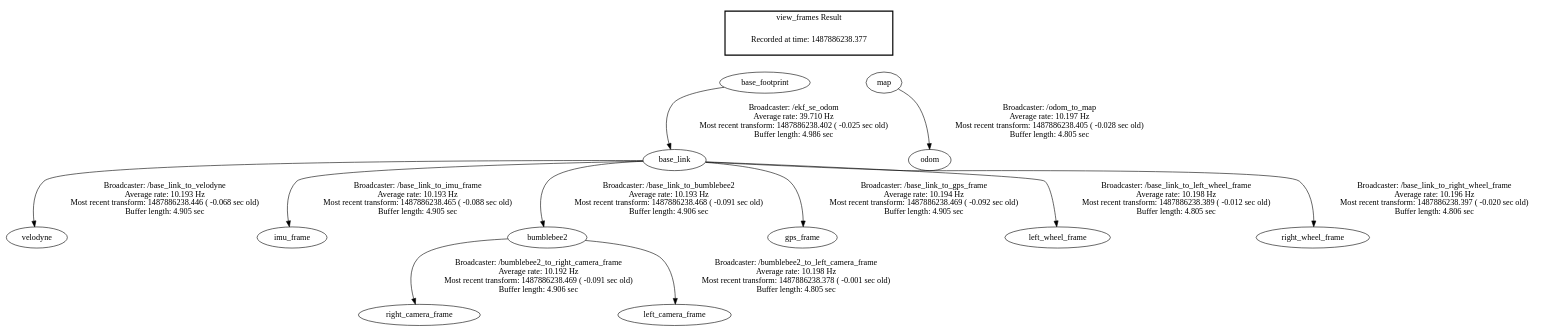
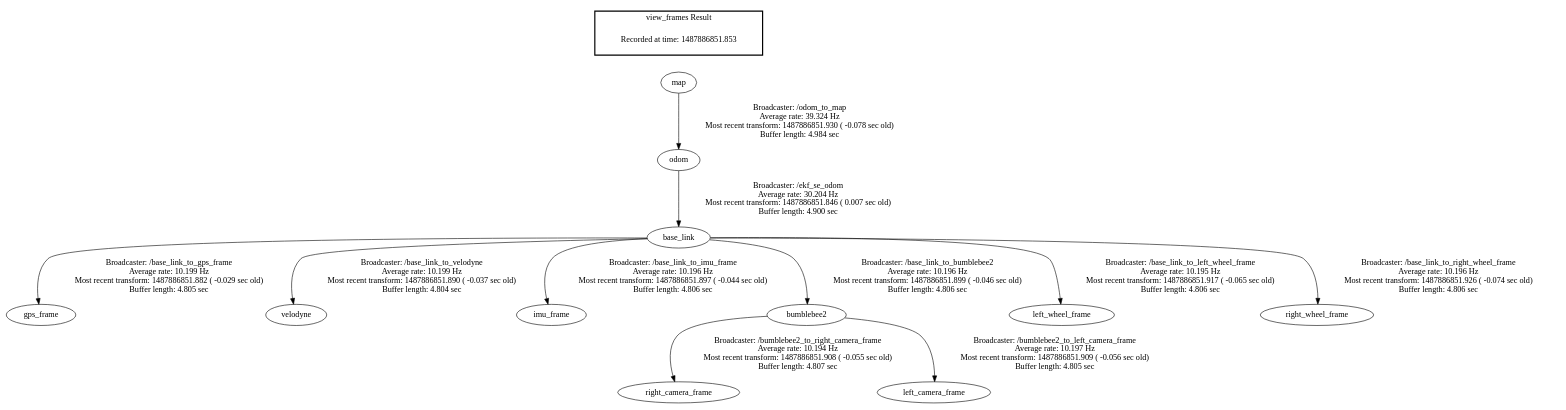
The diagram in frames.gv (westpoint-robotics/iggy), drawn with Graphviz before and after one commit. The commit also changed 2 other files, not shown here.

Commit message:
fixed integration problem where transform from map to odom was broken

```diff
--- a/frames.gv
+++ b/frames.gv
@@ -1,20 +1,16 @@
 digraph G {
-"base_footprint" -> "base_link"[label="Broadcaster: /ekf_se_odom\nAverage rate: 39.710 Hz\nMost recent transform: 1487886238.402 ( -0.025 sec old)\nBuffer length: 4.986 sec\n"];
-"map" -> "odom"[label="Broadcaster: /odom_to_map\nAverage rate: 10.197 Hz\nMost recent transform: 1487886238.405 ( -0.028 sec old)\nBuffer length: 4.805 sec\n"];
-"base_link" -> "velodyne"[label="Broadcaster: /base_link_to_velodyne\nAverage rate: 10.193 Hz\nMost recent transform: 1487886238.446 ( -0.068 sec old)\nBuffer length: 4.905 sec\n"];
-"base_link" -> "imu_frame"[label="Broadcaster: /base_link_to_imu_frame\nAverage rate: 10.193 Hz\nMost recent transform: 1487886238.465 ( -0.088 sec old)\nBuffer length: 4.905 sec\n"];
-"base_link" -> "bumblebee2"[label="Broadcaster: /base_link_to_bumblebee2\nAverage rate: 10.193 Hz\nMost recent transform: 1487886238.468 ( -0.091 sec old)\nBuffer length: 4.906 sec\n"];
-"bumblebee2" -> "right_camera_frame"[label="Broadcaster: /bumblebee2_to_right_camera_frame\nAverage rate: 10.192 Hz\nMost recent transform: 1487886238.469 ( -0.091 sec old)\nBuffer length: 4.906 sec\n"];
-"base_link" -> "gps_frame"[label="Broadcaster: /base_link_to_gps_frame\nAverage rate: 10.194 Hz\nMost recent transform: 1487886238.469 ( -0.092 sec old)\nBuffer length: 4.905 sec\n"];
-"bumblebee2" -> "left_camera_frame"[label="Broadcaster: /bumblebee2_to_left_camera_frame\nAverage rate: 10.198 Hz\nMost recent transform: 1487886238.378 ( -0.001 sec old)\nBuffer length: 4.805 sec\n"];
-"base_link" -> "left_wheel_frame"[label="Broadcaster: /base_link_to_left_wheel_frame\nAverage rate: 10.198 Hz\nMost recent transform: 1487886238.389 ( -0.012 sec old)\nBuffer length: 4.805 sec\n"];
-"base_link" -> "right_wheel_frame"[label="Broadcaster: /base_link_to_right_wheel_frame\nAverage rate: 10.196 Hz\nMost recent transform: 1487886238.397 ( -0.020 sec old)\nBuffer length: 4.806 sec\n"];
+"odom" -> "base_link"[label="Broadcaster: /ekf_se_odom\nAverage rate: 30.204 Hz\nMost recent transform: 1487886851.846 ( 0.007 sec old)\nBuffer length: 4.900 sec\n"];
+"map" -> "odom"[label="Broadcaster: /odom_to_map\nAverage rate: 39.324 Hz\nMost recent transform: 1487886851.930 ( -0.078 sec old)\nBuffer length: 4.984 sec\n"];
+"base_link" -> "gps_frame"[label="Broadcaster: /base_link_to_gps_frame\nAverage rate: 10.199 Hz\nMost recent transform: 1487886851.882 ( -0.029 sec old)\nBuffer length: 4.805 sec\n"];
+"base_link" -> "velodyne"[label="Broadcaster: /base_link_to_velodyne\nAverage rate: 10.199 Hz\nMost recent transform: 1487886851.890 ( -0.037 sec old)\nBuffer length: 4.804 sec\n"];
+"base_link" -> "imu_frame"[label="Broadcaster: /base_link_to_imu_frame\nAverage rate: 10.196 Hz\nMost recent transform: 1487886851.897 ( -0.044 sec old)\nBuffer length: 4.806 sec\n"];
+"base_link" -> "bumblebee2"[label="Broadcaster: /base_link_to_bumblebee2\nAverage rate: 10.196 Hz\nMost recent transform: 1487886851.899 ( -0.046 sec old)\nBuffer length: 4.806 sec\n"];
+"bumblebee2" -> "right_camera_frame"[label="Broadcaster: /bumblebee2_to_right_camera_frame\nAverage rate: 10.194 Hz\nMost recent transform: 1487886851.908 ( -0.055 sec old)\nBuffer length: 4.807 sec\n"];
+"bumblebee2" -> "left_camera_frame"[label="Broadcaster: /bumblebee2_to_left_camera_frame\nAverage rate: 10.197 Hz\nMost recent transform: 1487886851.909 ( -0.056 sec old)\nBuffer length: 4.805 sec\n"];
+"base_link" -> "left_wheel_frame"[label="Broadcaster: /base_link_to_left_wheel_frame\nAverage rate: 10.195 Hz\nMost recent transform: 1487886851.917 ( -0.065 sec old)\nBuffer length: 4.806 sec\n"];
+"base_link" -> "right_wheel_frame"[label="Broadcaster: /base_link_to_right_wheel_frame\nAverage rate: 10.196 Hz\nMost recent transform: 1487886851.926 ( -0.074 sec old)\nBuffer length: 4.806 sec\n"];
 edge [style=invis];
  subgraph cluster_legend { style=bold; color=black; label ="view_frames Result";
-"Recorded at time: 1487886238.377"[ shape=plaintext ] ;
- }->"base_footprint";
-edge [style=invis];
- subgraph cluster_legend { style=bold; color=black; label ="view_frames Result";
-"Recorded at time: 1487886238.377"[ shape=plaintext ] ;
+"Recorded at time: 1487886851.853"[ shape=plaintext ] ;
  }->"map";
 }
```
